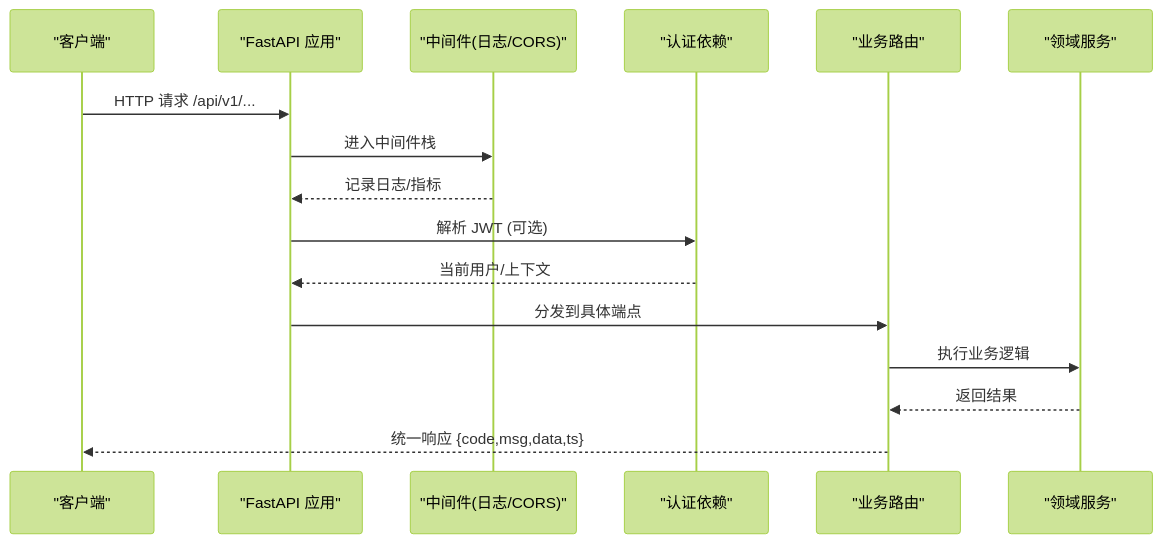
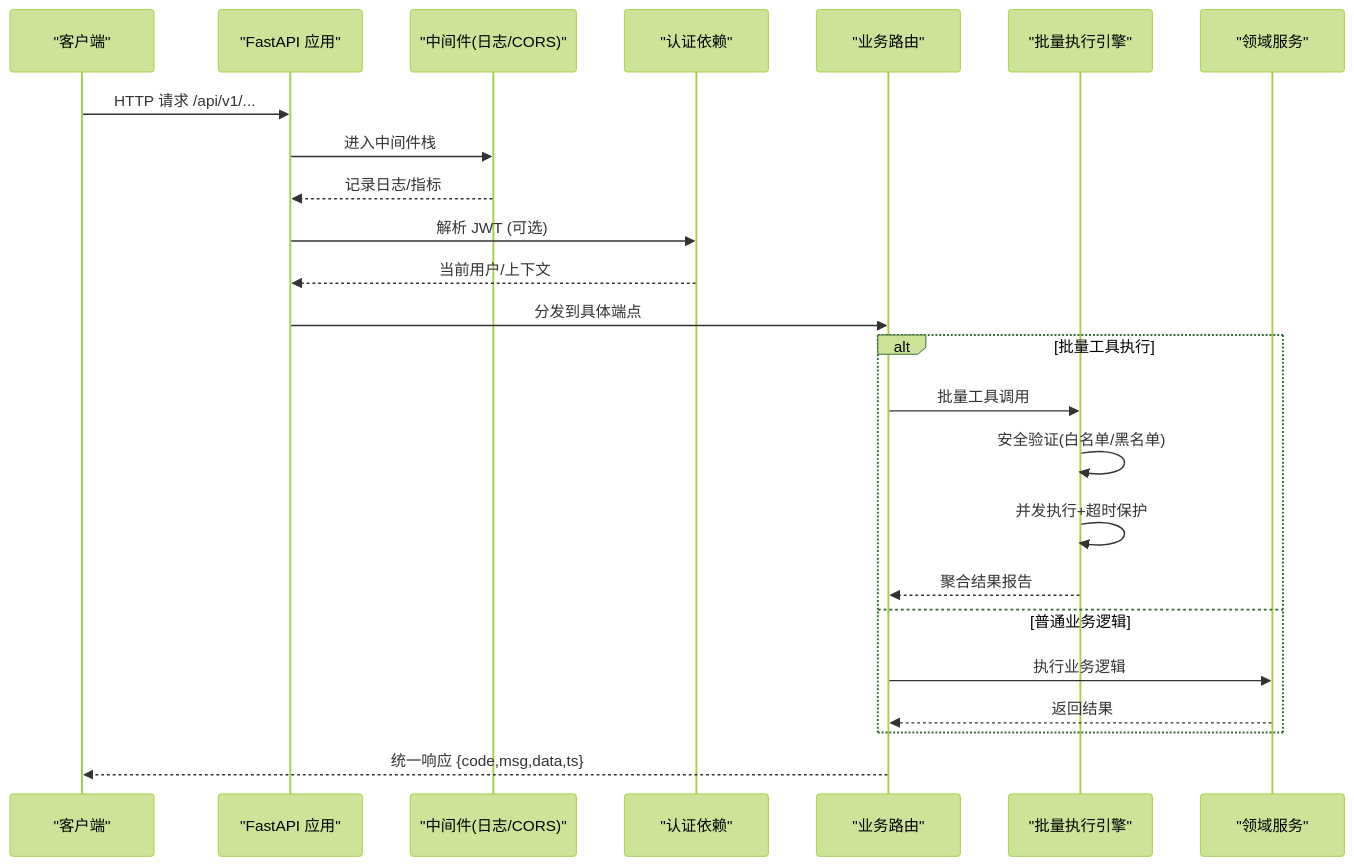
One commit to songlinhe5-lab/quant_agent changed the second of 3 diagrams in .qoder/repowiki/zh/content/API接口参考/RESTful API接口/RESTful API接口.md. Above: the diagram before and after it, drawn with Mermaid (forest theme). The commit also changed other lines of this file and 300 other files, not shown here.

````diff
--- a/.qoder/repowiki/zh/content/API接口参考/RESTful API接口/RESTful API接口.md
+++ b/.qoder/repowiki/zh/content/API接口参考/RESTful API接口/RESTful API接口.md
@@ -94,18 +102,26 @@
 ```mermaid
 sequenceDiagram
 participant Client as "客户端"
 participant App as "FastAPI 应用"
 participant MW as "中间件(日志/CORS)"
 participant Auth as "认证依赖"
 participant Router as "业务路由"
+participant BatchExec as "批量执行引擎"
 participant Svc as "领域服务"
 Client->>App : HTTP 请求 /api/v1/...
 App->>MW : 进入中间件栈
 MW-->>App : 记录日志/指标
 App->>Auth : 解析 JWT (可选)
 Auth-->>App : 当前用户/上下文
 App->>Router : 分发到具体端点
+alt 批量工具执行
+Router->>BatchExec : 批量工具调用
+BatchExec->>BatchExec : 安全验证(白名单/黑名单)
+BatchExec->>BatchExec : 并发执行+超时保护
+BatchExec-->>Router : 聚合结果报告
+else 普通业务逻辑
 Router->>Svc : 执行业务逻辑
 Svc-->>Router : 返回结果
+end
 Router-->>Client : 统一响应 {code,msg,data,ts}
 ```
````
